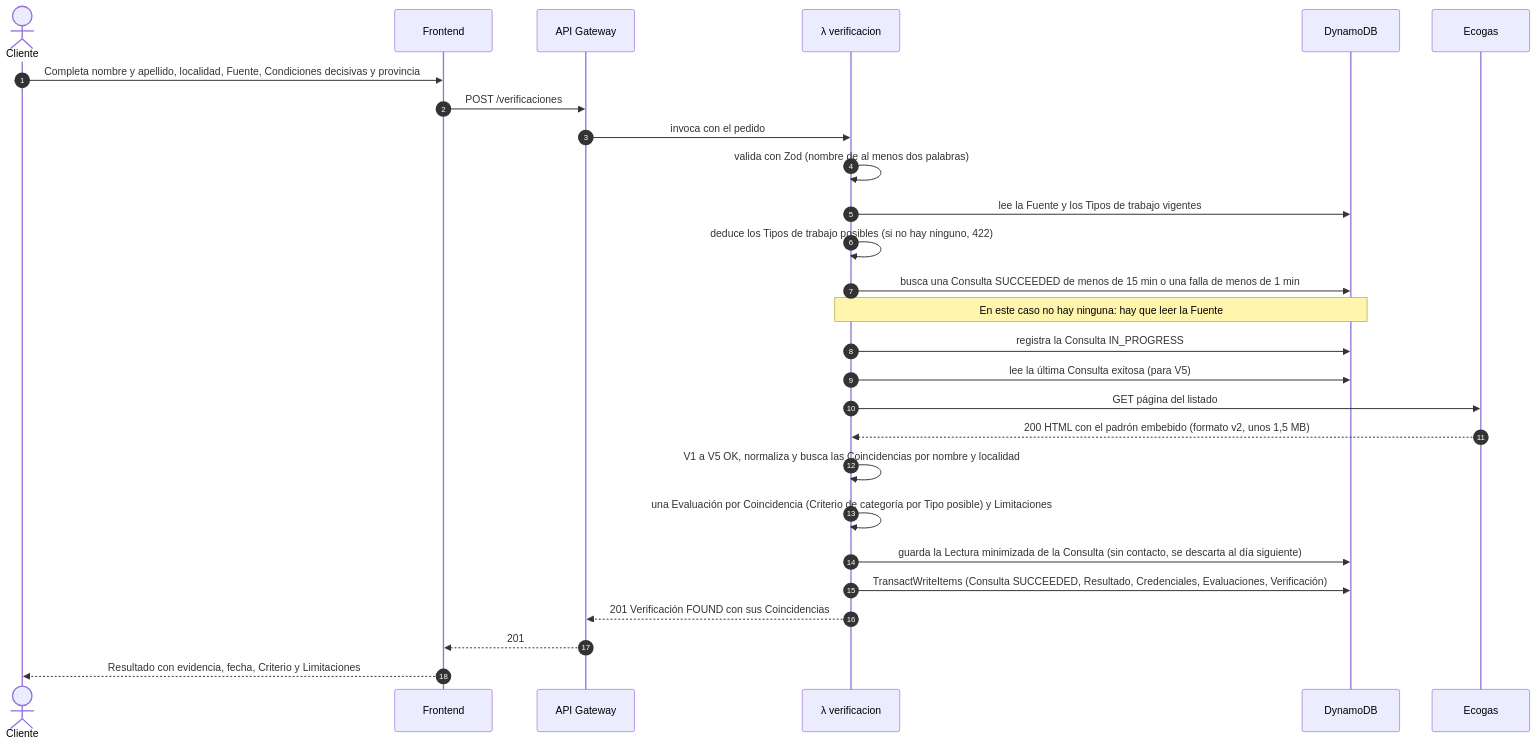
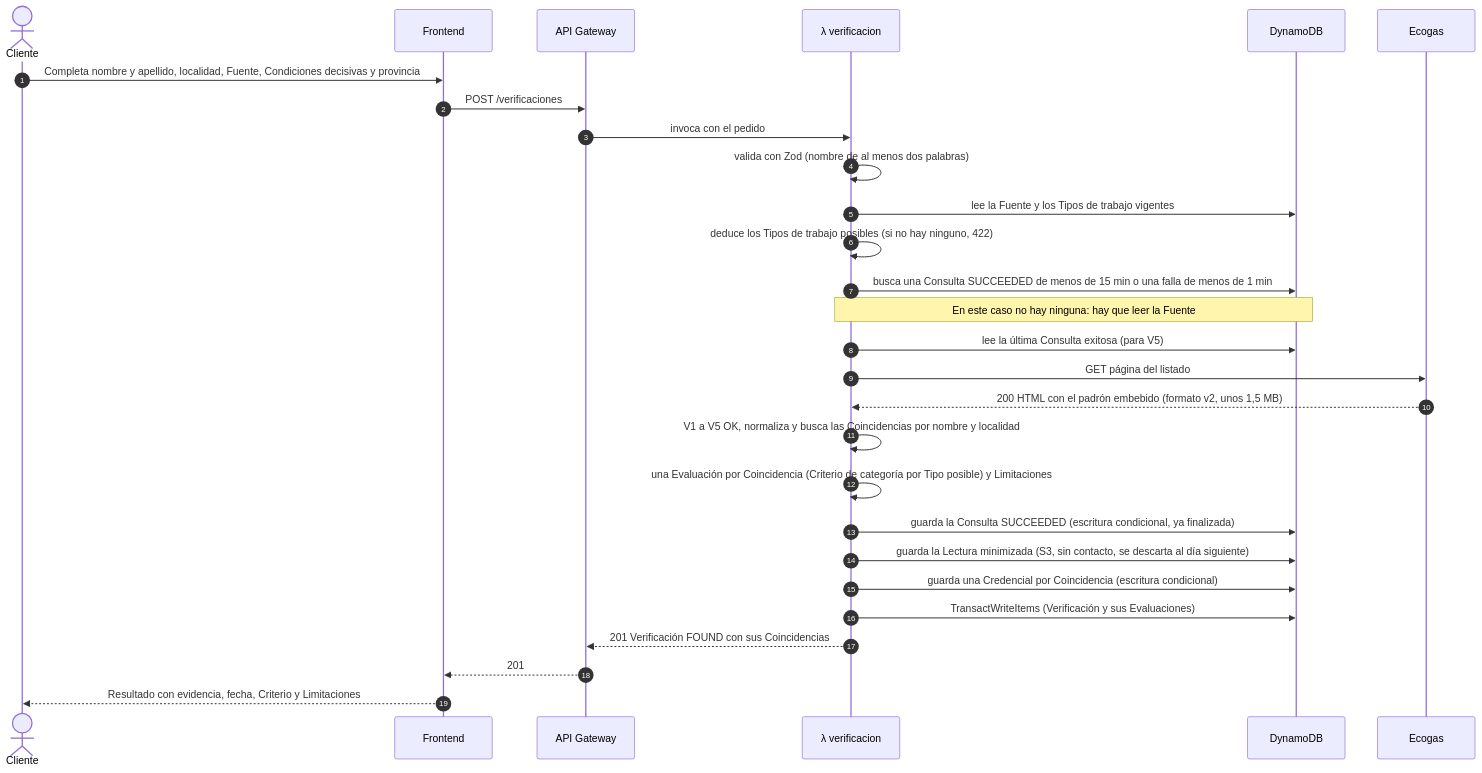
Before and after one commit to IvanDaniliuk01/MatriculAR: the first of 5 diagrams in docs/api.md, drawn with Mermaid. The commit also changed other lines of this file and 8 other files, not shown here.

````diff
--- a/docs/api.md
+++ b/docs/api.md
@@ -430,30 +430,31 @@
 ```mermaid
 sequenceDiagram
     autonumber
     actor C as Cliente
     participant F as Frontend
     participant A as API Gateway
     participant L as λ verificacion
     participant D as DynamoDB
     participant E as Ecogas
 
     C->>F: Completa nombre y apellido, localidad, Fuente, Condiciones decisivas y provincia
     F->>A: POST /verificaciones
     A->>L: invoca con el pedido
     L->>L: valida con Zod (nombre de al menos dos palabras)
     L->>D: lee la Fuente y los Tipos de trabajo vigentes
     L->>L: deduce los Tipos de trabajo posibles (si no hay ninguno, 422)
     L->>D: busca una Consulta SUCCEEDED de menos de 15 min o una falla de menos de 1 min
     Note over L,D: En este caso no hay ninguna: hay que leer la Fuente
-    L->>D: registra la Consulta IN_PROGRESS
     L->>D: lee la última Consulta exitosa (para V5)
     L->>E: GET página del listado
     E-->>L: 200 HTML con el padrón embebido (formato v2, unos 1,5 MB)
     L->>L: V1 a V5 OK, normaliza y busca las Coincidencias por nombre y localidad
     L->>L: una Evaluación por Coincidencia (Criterio de categoría por Tipo posible) y Limitaciones
-    L->>D: guarda la Lectura minimizada de la Consulta (sin contacto, se descarta al día siguiente)
-    L->>D: TransactWriteItems (Consulta SUCCEEDED, Resultado, Credenciales, Evaluaciones, Verificación)
+    L->>D: guarda la Consulta SUCCEEDED (escritura condicional, ya finalizada)
+    L->>D: guarda la Lectura minimizada (S3, sin contacto, se descarta al día siguiente)
+    L->>D: guarda una Credencial por Coincidencia (escritura condicional)
+    L->>D: TransactWriteItems (Verificación y sus Evaluaciones)
     L-->>A: 201 Verificación FOUND con sus Coincidencias
     A-->>F: 201
     F-->>C: Resultado con evidencia, fecha, Criterio y Limitaciones
 ```
````
